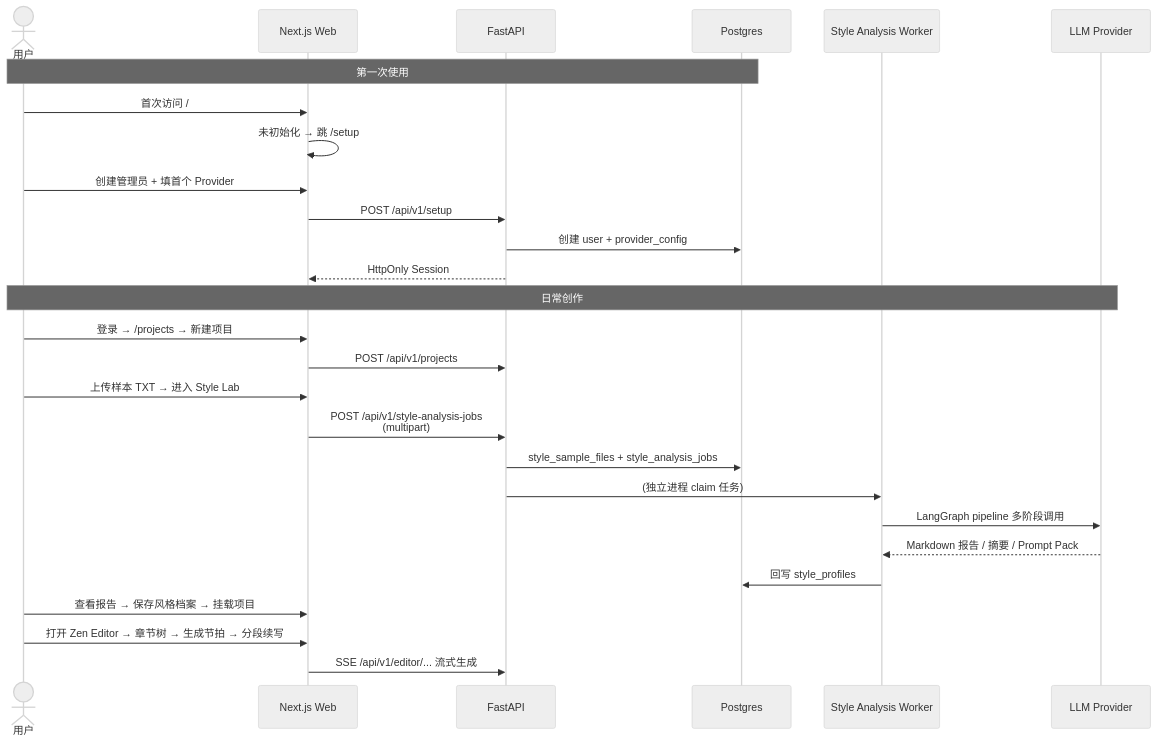
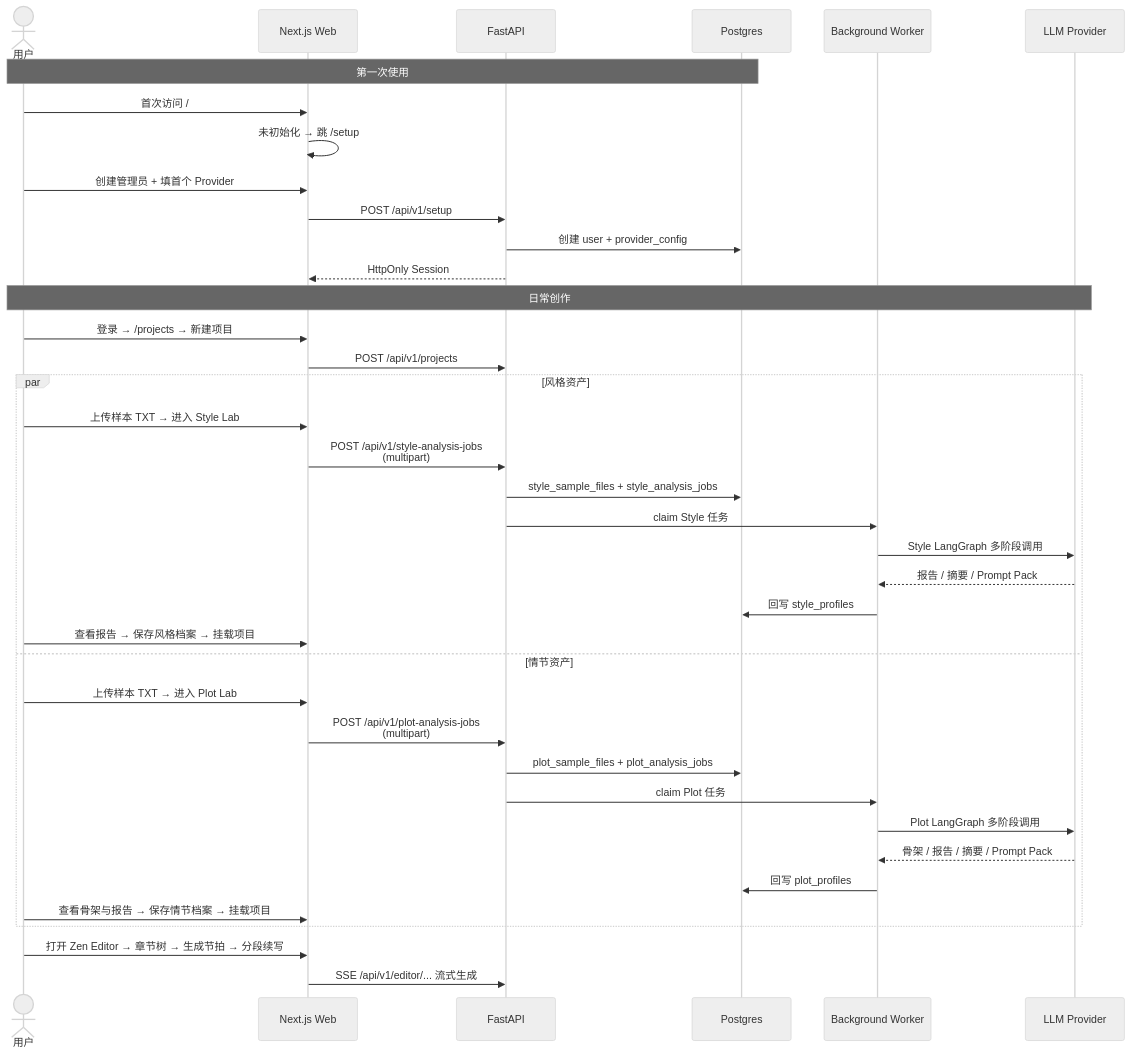
The second of 2 diagrams in wiki/00-overview/00-what-is-persona.md (nsxzhou/Persona), drawn with Mermaid (neutral theme) before and after one commit. The commit also changed other lines of this file and 2 other files, not shown here.

Commit message:
feat(plot-lab): complete Plot Lab integration and update documentation
- Add Plot Lab as third core module in architecture overview
- Update system diagrams to include Plot Lab workflow
- Mark Plot Lab MVP status as completed (✅)
- Extend data model ER diagram with plot tables
- Add plot_sample_files, plot_analysis_jobs, plot_profiles relationships

````diff
--- a/wiki/00-overview/00-what-is-persona.md
+++ b/wiki/00-overview/00-what-is-persona.md
@@ -65,31 +75,42 @@
 ```mermaid
 sequenceDiagram
     actor 用户
     participant Web as Next.js Web
     participant API as FastAPI
     participant DB as Postgres
-    participant Worker as Style Analysis Worker
+    participant Worker as Background Worker
     participant LLM as LLM Provider
 
     Note over 用户,DB: 第一次使用
     用户->>Web: 首次访问 /
     Web->>Web: 未初始化 → 跳 /setup
     用户->>Web: 创建管理员 + 填首个 Provider
     Web->>API: POST /api/v1/setup
     API->>DB: 创建 user + provider_config
     API-->>Web: HttpOnly Session
 
     Note over 用户,LLM: 日常创作
     用户->>Web: 登录 → /projects → 新建项目
     Web->>API: POST /api/v1/projects
-    用户->>Web: 上传样本 TXT → 进入 Style Lab
-    Web->>API: POST /api/v1/style-analysis-jobs<br/>(multipart)
-    API->>DB: style_sample_files + style_analysis_jobs
-    API->>Worker: (独立进程 claim 任务)
-    Worker->>LLM: LangGraph pipeline 多阶段调用
-    LLM-->>Worker: Markdown 报告 / 摘要 / Prompt Pack
-    Worker->>DB: 回写 style_profiles
-    用户->>Web: 查看报告 → 保存风格档案 → 挂载项目
+    par 风格资产
+        用户->>Web: 上传样本 TXT → 进入 Style Lab
+        Web->>API: POST /api/v1/style-analysis-jobs<br/>(multipart)
+        API->>DB: style_sample_files + style_analysis_jobs
+        API->>Worker: claim Style 任务
+        Worker->>LLM: Style LangGraph 多阶段调用
+        LLM-->>Worker: 报告 / 摘要 / Prompt Pack
+        Worker->>DB: 回写 style_profiles
+        用户->>Web: 查看报告 → 保存风格档案 → 挂载项目
+    and 情节资产
+        用户->>Web: 上传样本 TXT → 进入 Plot Lab
+        Web->>API: POST /api/v1/plot-analysis-jobs<br/>(multipart)
+        API->>DB: plot_sample_files + plot_analysis_jobs
+        API->>Worker: claim Plot 任务
+        Worker->>LLM: Plot LangGraph 多阶段调用
+        LLM-->>Worker: 骨架 / 报告 / 摘要 / Prompt Pack
+        Worker->>DB: 回写 plot_profiles
+        用户->>Web: 查看骨架与报告 → 保存情节档案 → 挂载项目
+    end
     用户->>Web: 打开 Zen Editor → 章节树 → 生成节拍 → 分段续写
     Web->>API: SSE /api/v1/editor/... 流式生成
 ```
````
